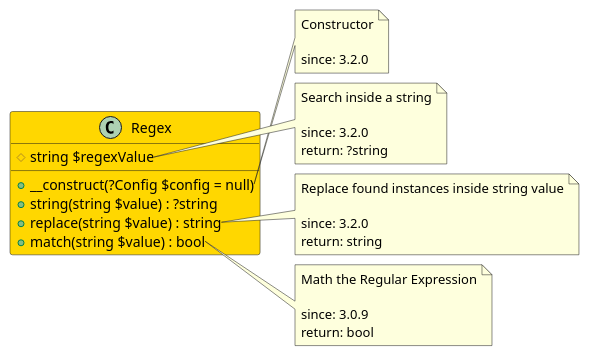
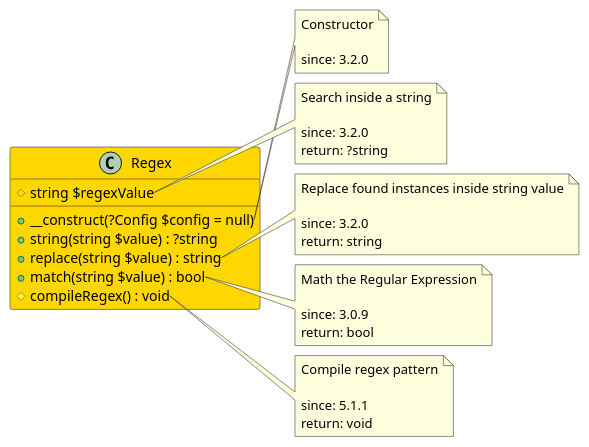
The diagram in src/83efa9a0-4aec-41f8-9c05-b1ac9617746e/README.md (joomengine/search), drawn with PlantUML before and after one commit. The commit also changed other lines of this file and 33 other files, not shown here.

````diff
--- a/src/83efa9a0-4aec-41f8-9c05-b1ac9617746e/README.md
+++ b/src/83efa9a0-4aec-41f8-9c05-b1ac9617746e/README.md
@@ -13,39 +6,48 @@
 ```uml
 @startuml
+
 class Regex  #Gold {
   # string $regexValue
   + __construct(?Config $config = null)
   + string(string $value) : ?string
   + replace(string $value) : string
   + match(string $value) : bool
+  # compileRegex() : void
 }
 
 note right of Regex::__construct
   Constructor
 
   since: 3.2.0
 end note
 
 note right of Regex::string
   Search inside a string
 
   since: 3.2.0
   return: ?string
 end note
 
 note right of Regex::replace
   Replace found instances inside string value
 
   since: 3.2.0
   return: string
 end note
 
 note right of Regex::match
   Math the Regular Expression
 
   since: 3.0.9
   return: bool
 end note
- 
+
+note right of Regex::compileRegex
+  Compile regex pattern
+
+  since: 5.1.1
+  return: void
+end note
+
 @enduml
 ```
````
